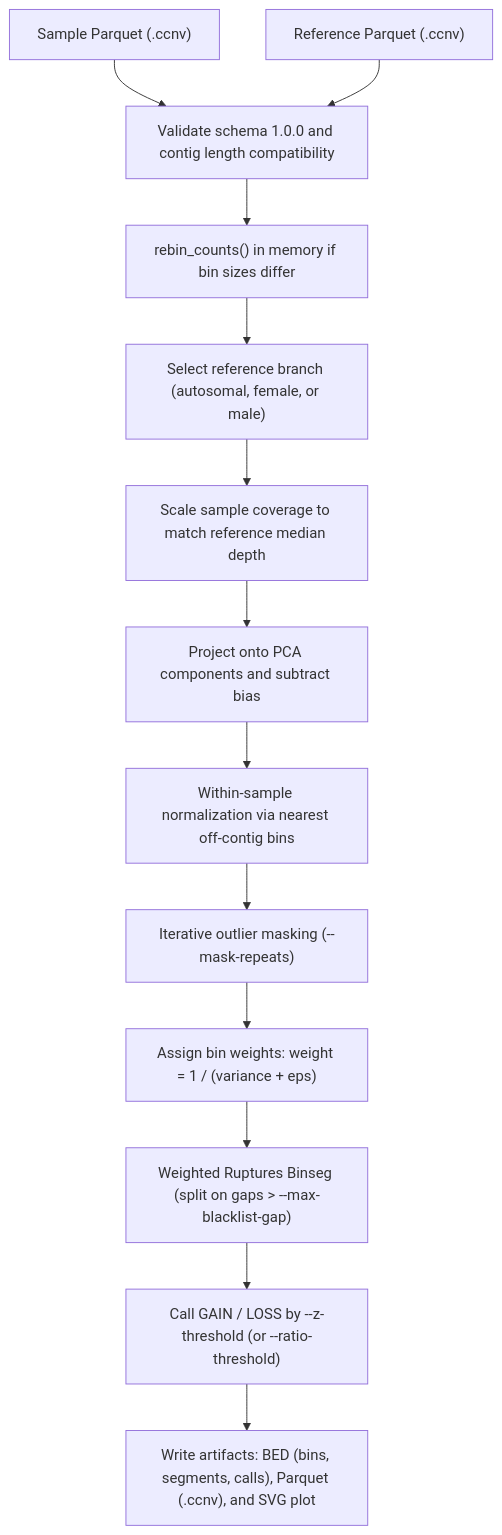
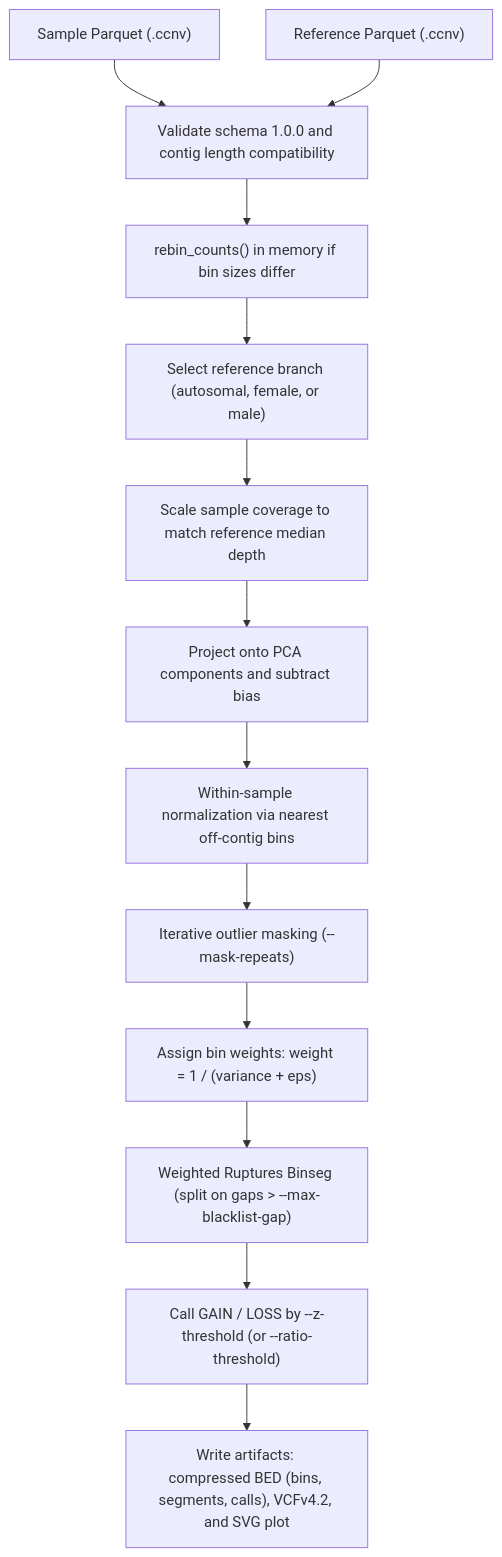
The fifth of 5 diagrams in docs/pipeline.md (matthdsm/ccnv), drawn with Mermaid before and after one commit. The commit also changed other lines of this file and 14 other files, not shown here.

````diff
--- a/docs/pipeline.md
+++ b/docs/pipeline.md
@@ -113,15 +113,15 @@
 ```mermaid
 flowchart TD
     InSample["Sample Parquet (<sample>.ccnv)"] --> LoadCompat["Validate schema 1.0.0 and contig length compatibility"]
     InRef["Reference Parquet (<reference>.ccnv)"] --> LoadCompat
     LoadCompat --> RebinCheck["rebin_counts() in memory if bin sizes differ"]
     RebinCheck --> BranchSelect["Select reference branch (autosomal, female, or male)"]
     BranchSelect --> DepthScale["Scale sample coverage to match reference median depth"]
     DepthScale --> ProjectPCA["Project onto PCA components and subtract bias"]
     ProjectPCA --> MatchNearest["Within-sample normalization via nearest off-contig bins"]
     MatchNearest --> IterativeMask["Iterative outlier masking (--mask-repeats)"]
     IterativeMask --> BinWeights["Assign bin weights: weight = 1 / (variance + eps)"]
     BinWeights --> SegEngine["Weighted Ruptures Binseg (split on gaps > --max-blacklist-gap)"]
     SegEngine --> CallingCriteria["Call GAIN / LOSS by --z-threshold (or --ratio-threshold)"]
-    CallingCriteria --> OutputArtifacts["Write artifacts: BED (bins, segments, calls), Parquet (.ccnv), and SVG plot"]
+    CallingCriteria --> OutputArtifacts["Write artifacts: compressed BED (bins, segments, calls), VCFv4.2, and SVG plot"]
 ```
````
